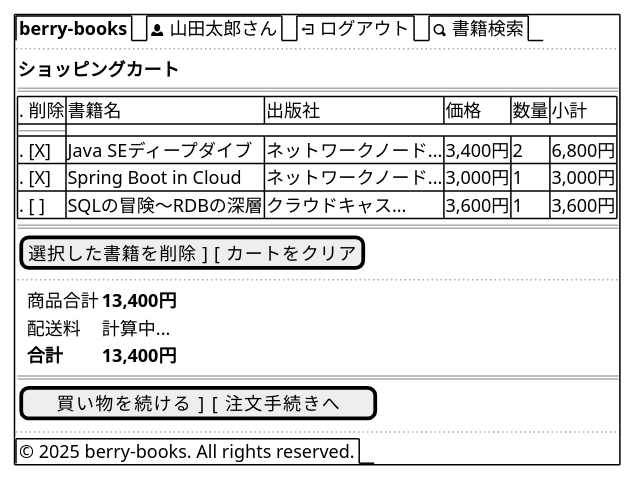
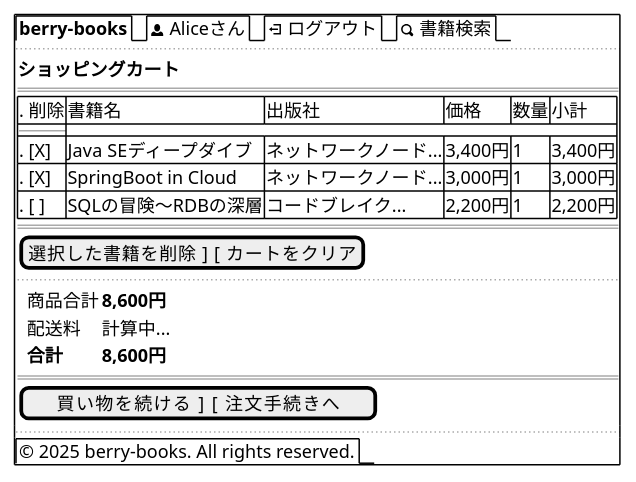
Before and after one commit to KenyaSaitoh/ai_dev_training_202512: the fifth of 13 diagrams in projects/java/berry-books-spec-driven/specs/wireframes.md, drawn with PlantUML. The commit also changed other lines of this file and 13 other files, not shown here.

````diff
--- a/projects/java/berry-books-spec-driven/specs/wireframes.md
+++ b/projects/java/berry-books-spec-driven/specs/wireframes.md
@@ -256,31 +256,31 @@
 ```plantuml
 @startsalt
 {+
-  {/ <b>berry-books</b> | <&person> 山田太郎さん | <&account-logout> ログアウト | <&magnifying-glass> 書籍検索 }
+  {/ <b>berry-books</b> | <&person> Aliceさん | <&account-logout> ログアウト | <&magnifying-glass> 書籍検索 }
   ..
   {
     <b>ショッピングカート</b>
     ==
     {#
       . 削除 | 書籍名                    | 出版社              | 価格      | 数量 | 小計
       --
-      . [X]  | Java SEディープダイブ      | ネットワークノード... | 3,400円   | 2   | 6,800円
-      . [X]  | Spring Boot in Cloud     | ネットワークノード... | 3,000円   | 1   | 3,000円
-      . [ ]  | SQLの冒険～RDBの深層       | クラウドキャス...    | 3,600円   | 1   | 3,600円
+      . [X]  | Java SEディープダイブ      | ネットワークノード... | 3,400円   | 1   | 3,400円
+      . [X]  | SpringBoot in Cloud      | ネットワークノード... | 3,000円   | 1   | 3,000円
+      . [ ]  | SQLの冒険～RDBの深層       | コードブレイク...    | 2,200円   | 1   | 2,200円
     }
     ==
     [  選択した書籍を削除  ]  [  カートをクリア  ]
     ..
     {
-      . | 商品合計 | <b>13,400円</b>
+      . | 商品合計 | <b>8,600円</b>
       . | 配送料   | 計算中...
-      . | <b>合計</b> | <b>13,400円</b>
+      . | <b>合計</b> | <b>8,600円</b>
     }
     ==
     [  買い物を続ける  ]  [    注文手続きへ    ]
   }
   ..
   {/ © 2025 berry-books. All rights reserved. }
 }
 @endsalt
 ```
````
